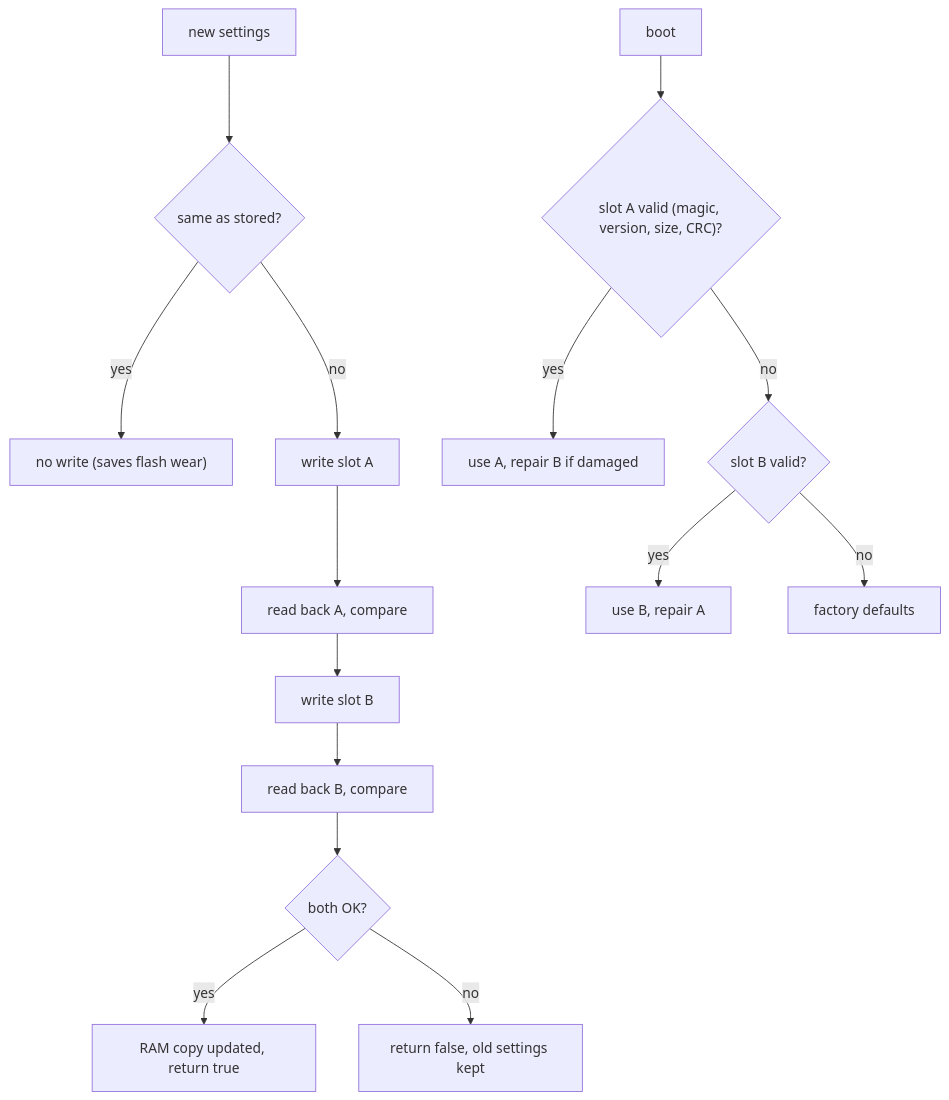
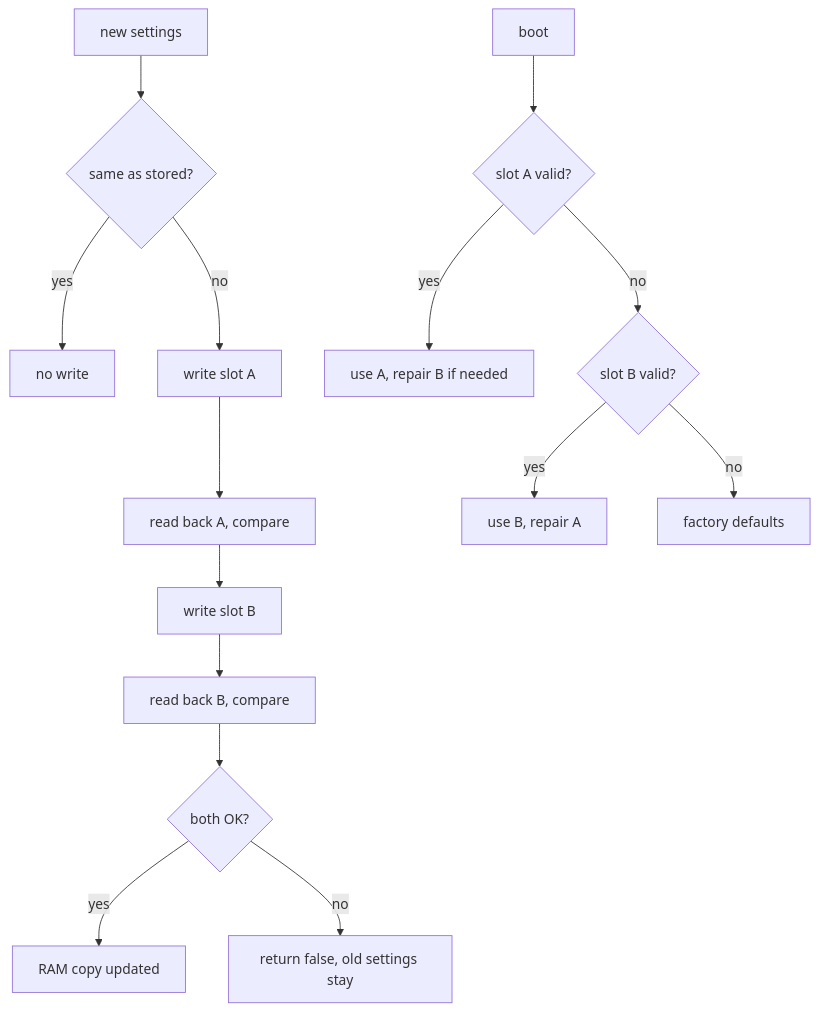
Before and after one commit to FPetkovski127/PMS_FreeRTOS: the third of 12 diagrams in CODE_EXPLAINED.md, drawn with Mermaid. The commit also changed other lines of this file and 60 other files, not shown here.

````diff
--- a/CODE_EXPLAINED.md
+++ b/CODE_EXPLAINED.md
@@ -206,16 +133,16 @@
 ```mermaid
 flowchart TD
   A["new settings"] --> B{"same as stored?"}
-  B -- yes --> Z["no write (saves flash wear)"]
+  B -- yes --> Z["no write"]
   B -- no --> D["write slot A"]
   D --> E["read back A, compare"]
   E --> G["write slot B"] --> H["read back B, compare"]
   H --> I{"both OK?"}
-  I -- yes --> J["RAM copy updated, return true"]
-  I -- no --> K["return false, old settings kept"]
-  L["boot"] --> M{"slot A valid (magic, version, size, CRC)?"}
-  M -- yes --> N["use A, repair B if damaged"]
+  I -- yes --> J["RAM copy updated"]
+  I -- no --> K["return false, old settings stay"]
+  L["boot"] --> M{"slot A valid?"}
+  M -- yes --> N["use A, repair B if needed"]
   M -- no --> O{"slot B valid?"}
   O -- yes --> P["use B, repair A"]
   O -- no --> Q["factory defaults"]
 ```
````
